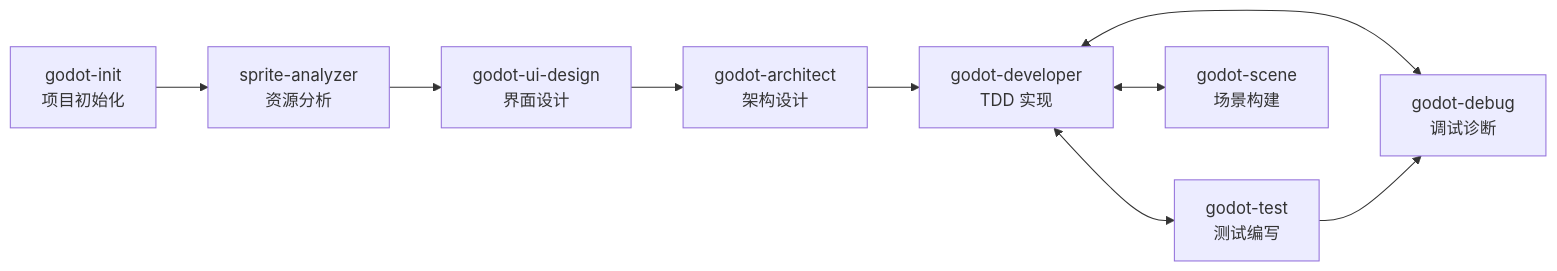
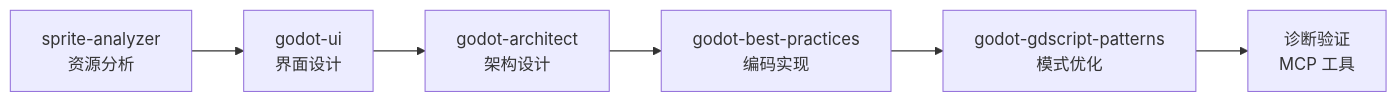
The diagram in constitutions/00_核心原则.md (yulu86/GodotScaffolding), drawn with Mermaid before and after one commit. The commit also changed other lines of this file and 50 other files, not shown here.

First line of the commit message:
config: 刷新宪法文件中的 Godot Skill 和 MCP 工具清单

````diff
--- a/constitutions/00_核心原则.md
+++ b/constitutions/00_核心原则.md
@@ -238,11 +294,8 @@
 ```mermaid
 flowchart LR
-    INIT["godot-init<br/>项目初始化"] --> SPRITE["sprite-analyzer<br/>资源分析"]
-    SPRITE --> DESIGN["godot-ui-design<br/>界面设计"]
-    DESIGN --> ARCH["godot-architect<br/>架构设计"]
-    ARCH --> DEV["godot-developer<br/>TDD 实现"]
-    DEV <--> TEST["godot-test<br/>测试编写"]
-    DEV <--> SCENE["godot-scene<br/>场景构建"]
-    DEV <--> DEBUG["godot-debug<br/>调试诊断"]
-    TEST --> DEBUG
+    SPRITE["sprite-analyzer<br/>资源分析"] --> UI["godot-ui<br/>界面设计"]
+    UI --> ARCH["godot-architect<br/>架构设计"]
+    ARCH --> DEV["godot-best-practices<br/>编码实现"]
+    DEV --> PAT["godot-gdscript-patterns<br/>模式优化"]
+    PAT --> DEBUG["诊断验证<br/>MCP 工具"]
 ```
````
